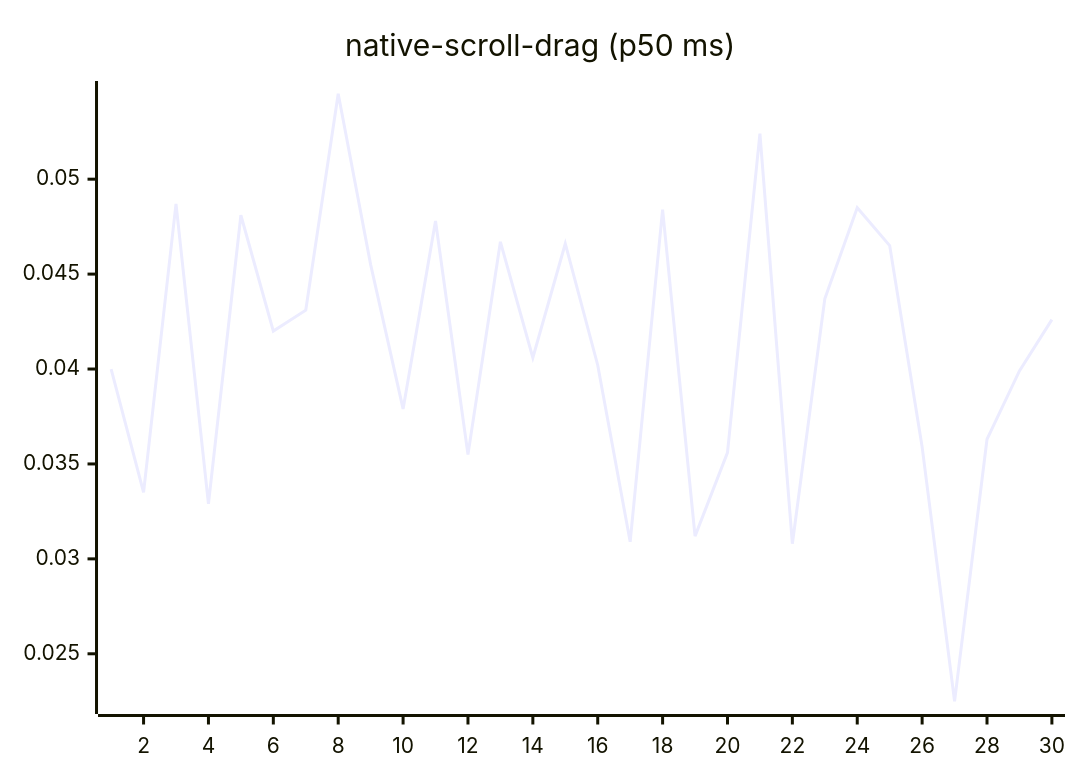
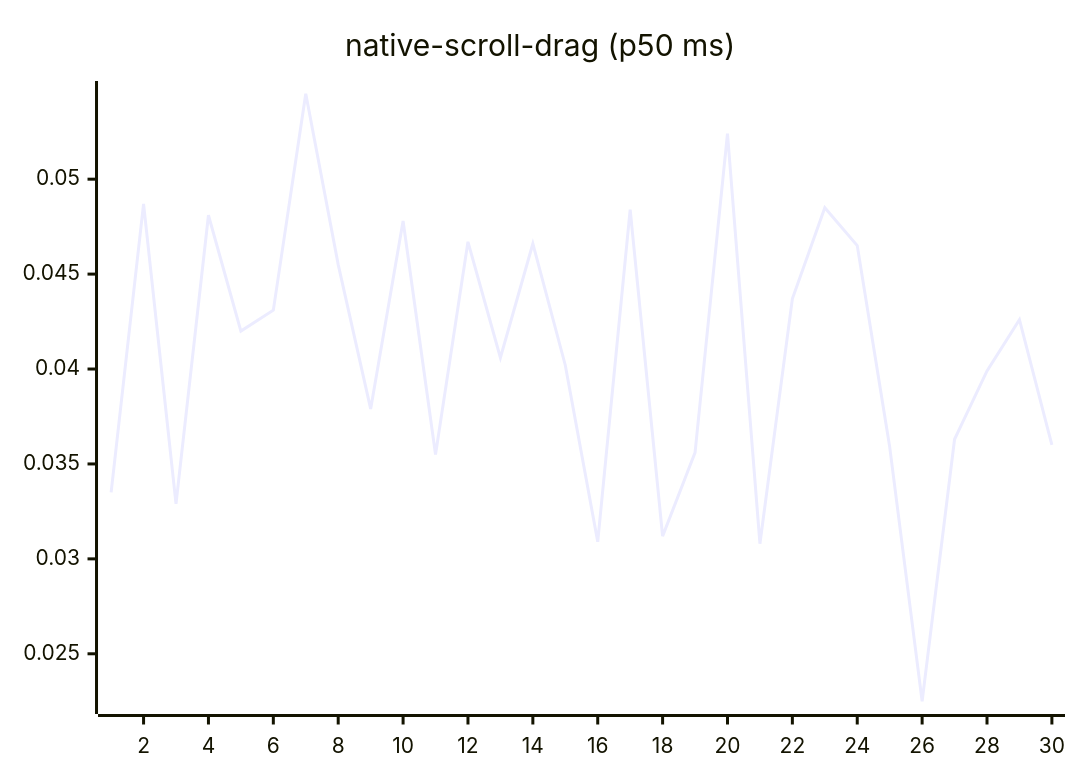
Before and after one commit to josha/Facet: diagram 14 of 27 in README.md, drawn with Mermaid. The commit also changed other lines of this file and 2 other files, not shown here.

````diff
--- a/README.md
+++ b/README.md
@@ -154,6 +154,6 @@
 ```mermaid
 xychart-beta
     title "native-scroll-drag (p50 ms)"
     x-axis 1 --> 30
-    line [0.0400, 0.0335, 0.0487, 0.0329, 0.0481, 0.0420, 0.0431, 0.0545, 0.0455, 0.0379, 0.0478, 0.0355, 0.0467, 0.0406, 0.0466, 0.0402, 0.0309, 0.0484, 0.0312, 0.0356, 0.0524, 0.0308, 0.0437, 0.0485, 0.0465, 0.0359, 0.0225, 0.0363, 0.0399, 0.0426]
+    line [0.0335, 0.0487, 0.0329, 0.0481, 0.0420, 0.0431, 0.0545, 0.0455, 0.0379, 0.0478, 0.0355, 0.0467, 0.0406, 0.0466, 0.0402, 0.0309, 0.0484, 0.0312, 0.0356, 0.0524, 0.0308, 0.0437, 0.0485, 0.0465, 0.0359, 0.0225, 0.0363, 0.0399, 0.0426, 0.0360]
 ```
````
